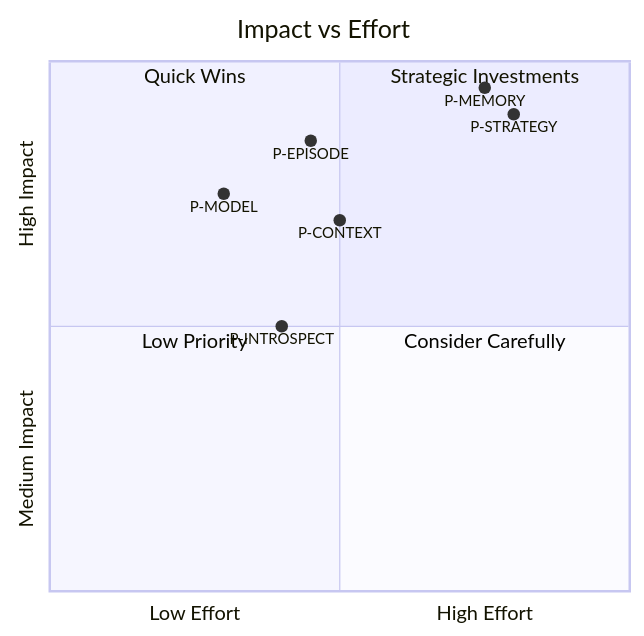
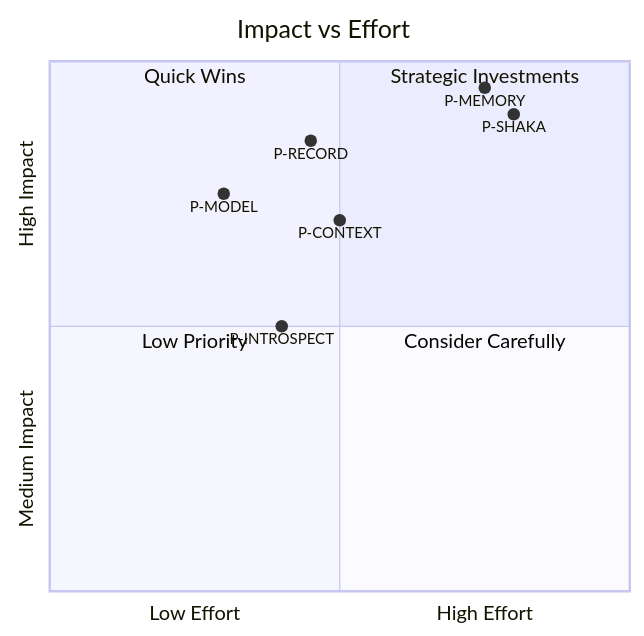
The eighth of 8 diagrams in docs/brainstorm/nika-evolution/05-evolution-roadmap.md (supernovae-st/nika), drawn with Mermaid before and after one commit. The commit also changed other lines of this file and 12 other files, not shown here.

````diff
--- a/docs/brainstorm/nika-evolution/05-evolution-roadmap.md
+++ b/docs/brainstorm/nika-evolution/05-evolution-roadmap.md
@@ -659,16 +659,16 @@
 ```mermaid
 quadrantChart
     title Impact vs Effort
     x-axis "Low Effort" --> "High Effort"
     y-axis "Medium Impact" --> "High Impact"
     quadrant-1 "Strategic Investments"
     quadrant-2 "Quick Wins"
     quadrant-3 "Low Priority"
     quadrant-4 "Consider Carefully"
     "P-MODEL": [0.30, 0.75]
-    "P-EPISODE": [0.45, 0.85]
+    "P-RECORD": [0.45, 0.85]
     "P-CONTEXT": [0.50, 0.70]
     "P-INTROSPECT": [0.40, 0.50]
-    "P-STRATEGY": [0.80, 0.90]
+    "P-SHAKA": [0.80, 0.90]
     "P-MEMORY": [0.75, 0.95]
 ```
````
